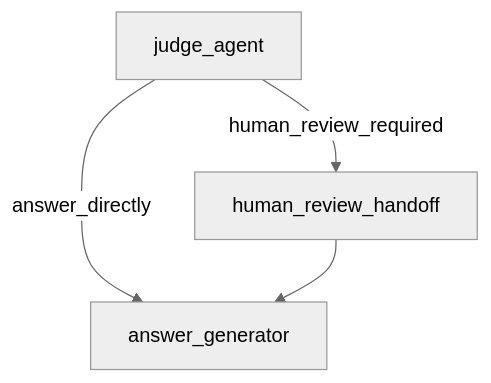
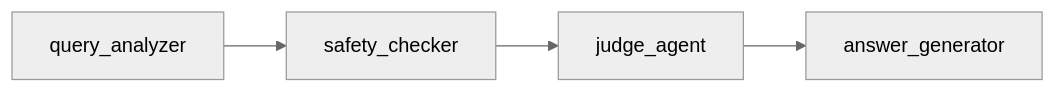
Before and after one commit to JassonG-xt/Trust-RAG-Accounting: the second of 2 diagrams in docs/langgraph_workflow.md, drawn with Mermaid (neutral theme). The commit also changed other lines of this file and 12 other files, not shown here.

````diff
--- a/docs/langgraph_workflow.md
+++ b/docs/langgraph_workflow.md
@@ -212,6 +62,6 @@
 ```mermaid
-flowchart TD
-    JA[judge_agent] -->|human_review_required| HR[human_review_handoff]
-    JA -->|answer_directly| AG[answer_generator]
-    HR --> AG
+flowchart LR
+    Q[query_analyzer] --> SC[safety_checker]
+    SC --> JA[judge_agent]
+    JA --> AG[answer_generator]
 ```
````
